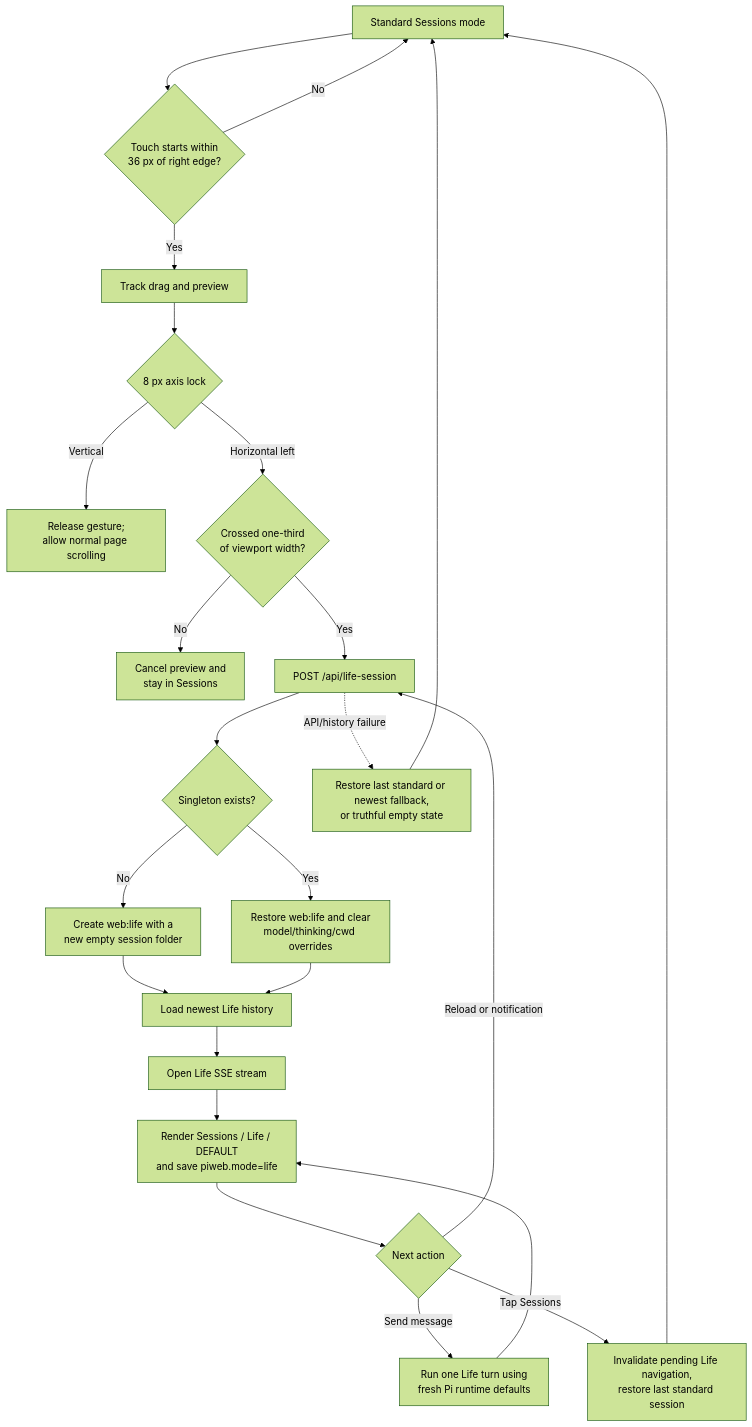
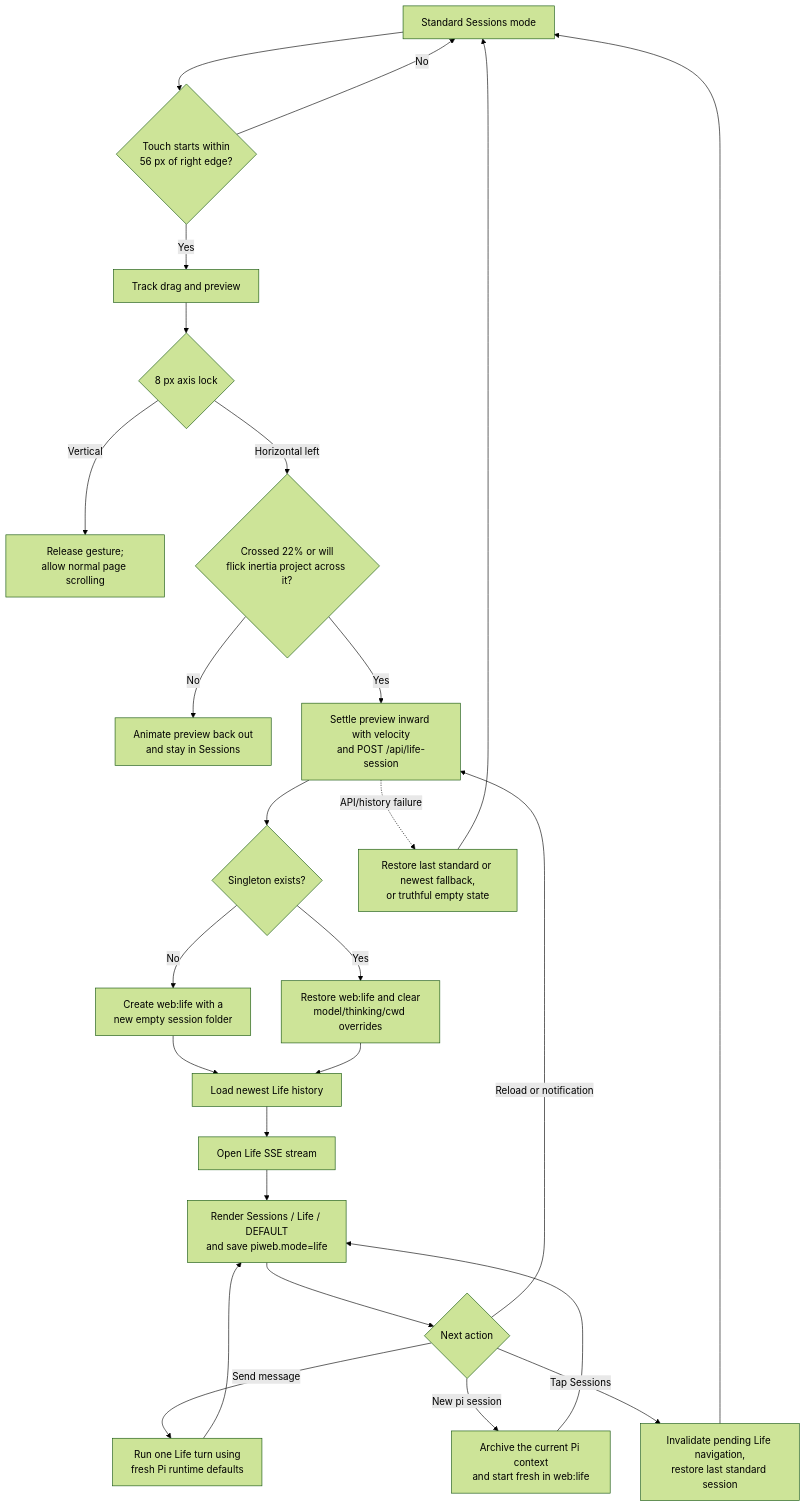
Before and after one commit to AyaSakura-comp/piweb: the first of 5 diagrams in docs/life-mode.md, drawn with Mermaid (forest theme). The commit also changed other lines of this file and 10 other files, not shown here.

````diff
--- a/docs/life-mode.md
+++ b/docs/life-mode.md
@@ -40,26 +45,28 @@
 ```mermaid
 flowchart TD
-    A[Standard Sessions mode] --> B{Touch starts within<br/>36 px of right edge?}
+    A[Standard Sessions mode] --> B{Touch starts within<br/>56 px of right edge?}
     B -- No --> A
     B -- Yes --> C[Track drag and preview]
     C --> D{8 px axis lock}
     D -- Vertical --> E[Release gesture;<br/>allow normal page scrolling]
-    D -- Horizontal left --> F{Crossed one-third<br/>of viewport width?}
-    F -- No --> G[Cancel preview and<br/>stay in Sessions]
-    F -- Yes --> H[POST /api/life-session]
+    D -- Horizontal left --> F{Crossed 22% or will<br/>flick inertia project across it?}
+    F -- No --> G[Animate preview back out<br/>and stay in Sessions]
+    F -- Yes --> H[Settle preview inward with velocity<br/>and POST /api/life-session]
     H --> I{Singleton exists?}
     I -- No --> J[Create web:life with a<br/>new empty session folder]
     I -- Yes --> K[Restore web:life and clear<br/>model/thinking/cwd overrides]
     J --> L[Load newest Life history]
     K --> L
     L --> M[Open Life SSE stream]
     M --> N[Render Sessions / Life / DEFAULT<br/>and save piweb.mode=life]
     N --> O{Next action}
     O -- Send message --> P[Run one Life turn using<br/>fresh Pi runtime defaults]
     P --> N
+    O -- New pi session --> S[Archive the current Pi context<br/>and start fresh in web:life]
+    S --> N
     O -- Reload or notification --> H
     O -- Tap Sessions --> Q[Invalidate pending Life navigation,<br/>restore last standard session]
     Q --> A
     H -. API/history failure .-> R[Restore last standard or newest fallback,<br/>or truthful empty state]
     R --> A
 ```
````
